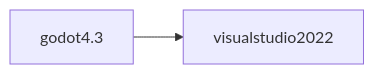
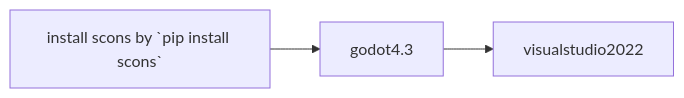
One commit to jamad/Pixelorama changed the diagram in README.md. Above: the diagram before and after it, drawn with Mermaid.

````diff
--- a/README.md
+++ b/README.md
@@ -23,7 +23,7 @@
 ```mermaid
 
 graph LR
 
-godot4.3 --> visualstudio2022 
+scons[install scons by `pip install scons`] --> godot4.3 --> visualstudio2022 
 
 ```
````
